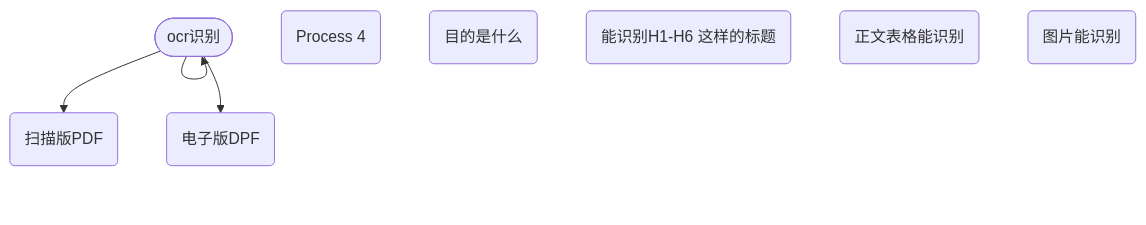
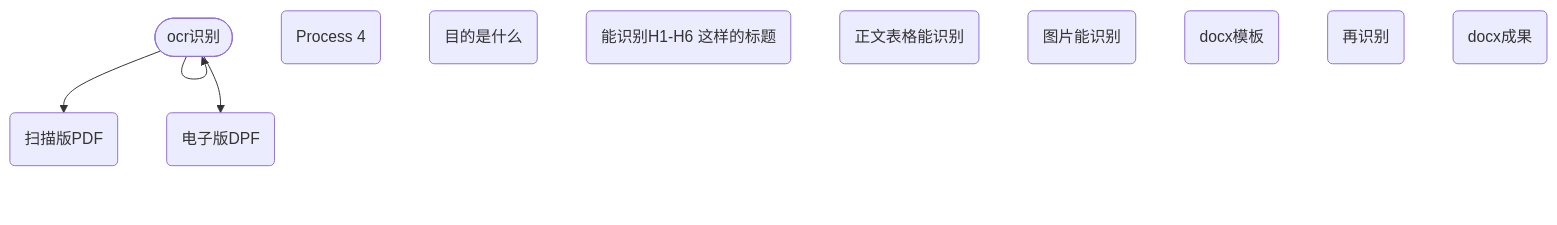
One commit to fireflysss/mermaid-notes changed the diagram in notes/未命名_da3b1e9d-46b8-4fe8-a207-538027b2306b.md. Above: the diagram before and after it, drawn with Mermaid. The commit also changed 3 other files, not shown here.

Commit message:
Sync Mermaid Studio data (12 diagrams)

````diff
--- a/notes/未命名_da3b1e9d-46b8-4fe8-a207-538027b2306b.md
+++ b/notes/未命名_da3b1e9d-46b8-4fe8-a207-538027b2306b.md
@@ -3,15 +3,18 @@
 ```mermaid
 flowchart TD
   n_0(["ocr识别"])
   n_1("扫描版PDF")
   n_2("电子版DPF")
   n_3("Process 4")
   n_4("目的是什么")
   n_5("能识别H1-H6 这样的标题")
   n_6("正文表格能识别")
   n_7("图片能识别")
+  n_8("docx模板")
+  n_9("再识别")
+  n_10("docx成果")
   n_0 --> n_0
   n_0 --> n_1
   n_0 --> n_2
 
 ```
````
